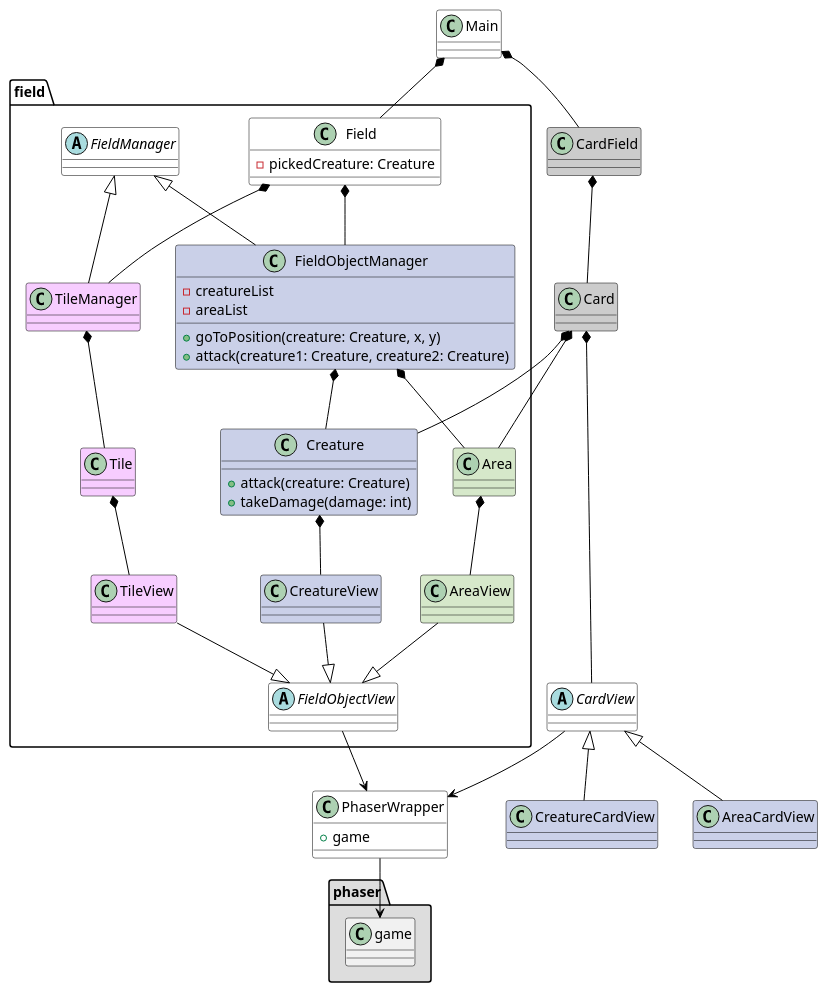
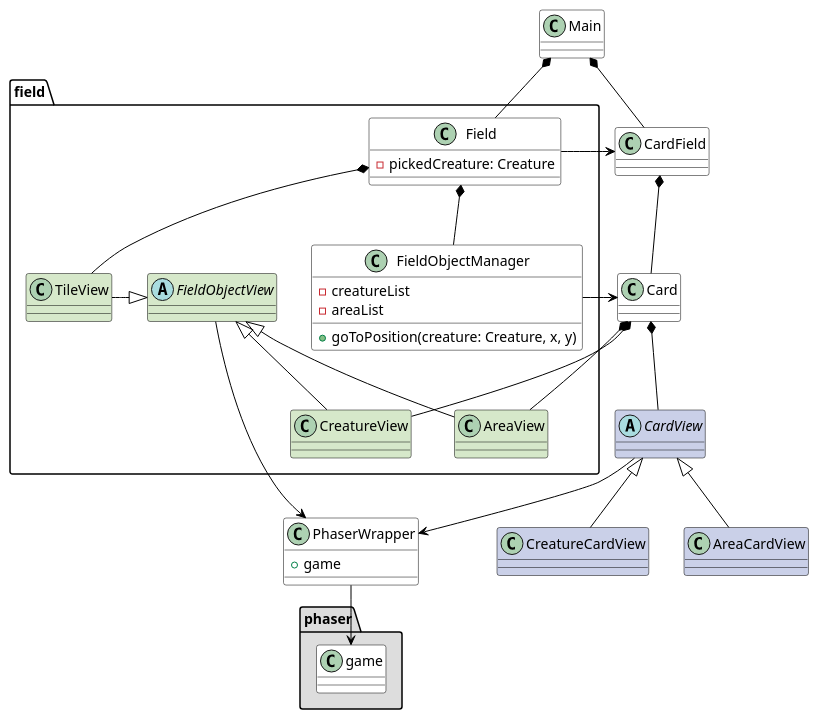
The diagram in uml/base.puml (gamesFTW/phaser-card-game-client), drawn with PlantUML before and after one commit.

Commit message:
Change uml

```diff
--- a/uml/base.puml
+++ b/uml/base.puml
@@ -1,114 +1,85 @@
 @startuml
+
+'Палитра
+'#D6E8CA
+'#CAD0E8
+'#F7CDFF
 
 skinparam class {
 	ArrowColor black
 	BorderColor black
 }
 
 skinparam stereotypeCBackgroundColor YellowGreen
 skinparam shadowing false
 
 class Main #ffffff
 
 Main *-- field.Field
 Main *-- CardField
 
 
 ''' Про это смотри cards.puml, тут очень упощеная ее часть
-class CardField #cccccc
+class CardField #fff
 CardField *-- Card
 
 
-class Card #cccccc
-Card *-- field.Creature
-Card *-- field.Area
+class Card #fff
+Card *-- field.CreatureView
+Card *-- field.AreaView
 Card *-- CardView
+
+
+
+abstract class CardView #CAD0E8
+CardView --> PhaserWrapper
 
 
 class CreatureCardView #CAD0E8
 CardView <|-- CreatureCardView
 
 
 class AreaCardView #CAD0E8
 CardView <|-- AreaCardView
 
 
-abstract class CardView #ffffff
-CardView --> PhaserWrapper
-
-
 class PhaserWrapper #ffffff {
     + game
 }
 PhaserWrapper --> phaser.game
 
 
 package "field" {
-    abstract class FieldManager #ffffff
-
-
-    abstract class FieldObjectView #ffffff
-    FieldObjectView <|-up- TileView
-    FieldObjectView <|-up- CreatureView
-    FieldObjectView <|-up- AreaView
-    FieldObjectView --> .PhaserWrapper
-
-
     class Field #ffffff {
         - pickedCreature: Creature
     }
-    Field *-- TileManager
     Field *-- FieldObjectManager
+    Field *-- TileView
+    Field --> .CardField
 
 
-    '''Tile'''
-    class TileManager #F7CDFF
-    FieldManager <|-- TileManager
-    TileManager *-- Tile
-
-
-    class Tile #F7CDFF
-    Tile *-- TileView
-
-
-    class TileView #F7CDFF
-
-
-    '''Creature'''
-    class FieldObjectManager #CAD0E8 {
+    class FieldObjectManager #fff {
         - creatureList
         - areaList
         + goToPosition(creature: Creature, x, y)
-        + attack(creature1: Creature, creature2: Creature)
     }
-    FieldManager <|-- FieldObjectManager
-    FieldObjectManager *-- Creature
+    FieldObjectManager --> .Card
 
 
-    class Creature #CAD0E8 {
-        + attack(creature: Creature)
-        + takeDamage(damage: int)
-    }
-    Creature *-- CreatureView
 
+    abstract class FieldObjectView #D6E8CA
+    FieldObjectView <|-left- TileView
+    FieldObjectView <|-down- CreatureView
+    FieldObjectView <|-down- AreaView
+    FieldObjectView --> .PhaserWrapper
 
-    class CreatureView #CAD0E8
-
-
-    '''Area'''
-    FieldObjectManager *-- Area
-
-
-    class Area #D6E8CA
-    Area *-- AreaView
-
-
+    class CreatureView #D6E8CA
     class AreaView #D6E8CA
-
+    class TileView #D6E8CA
 }
 
 
 package "phaser" #DDDDDD {
-    class game
+    class game #fff
 }
 @enduml
```
